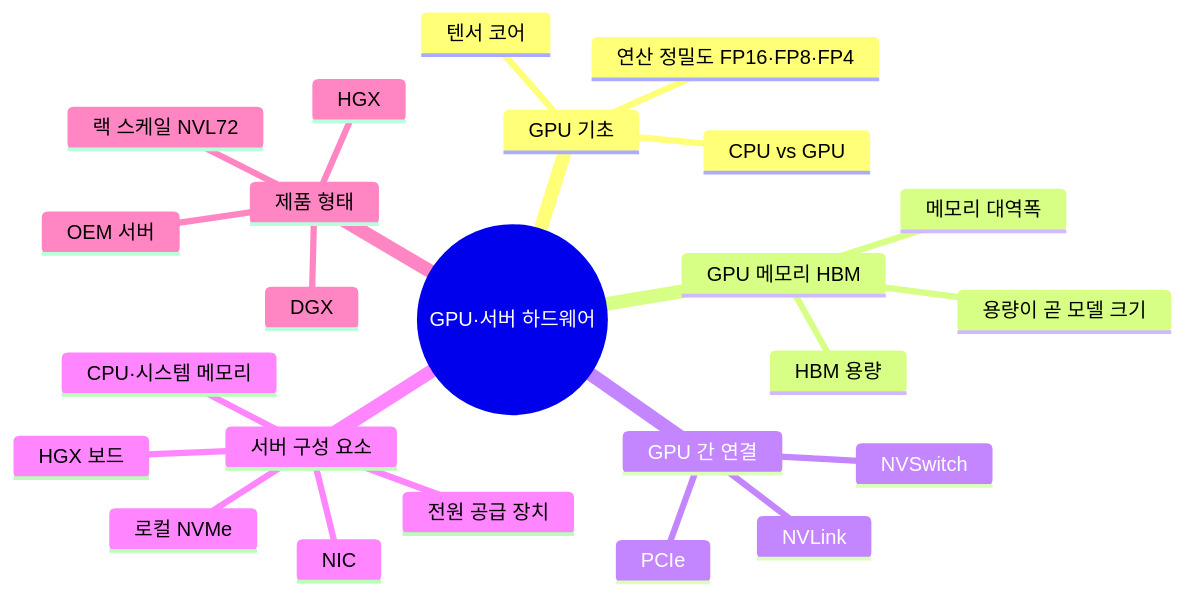
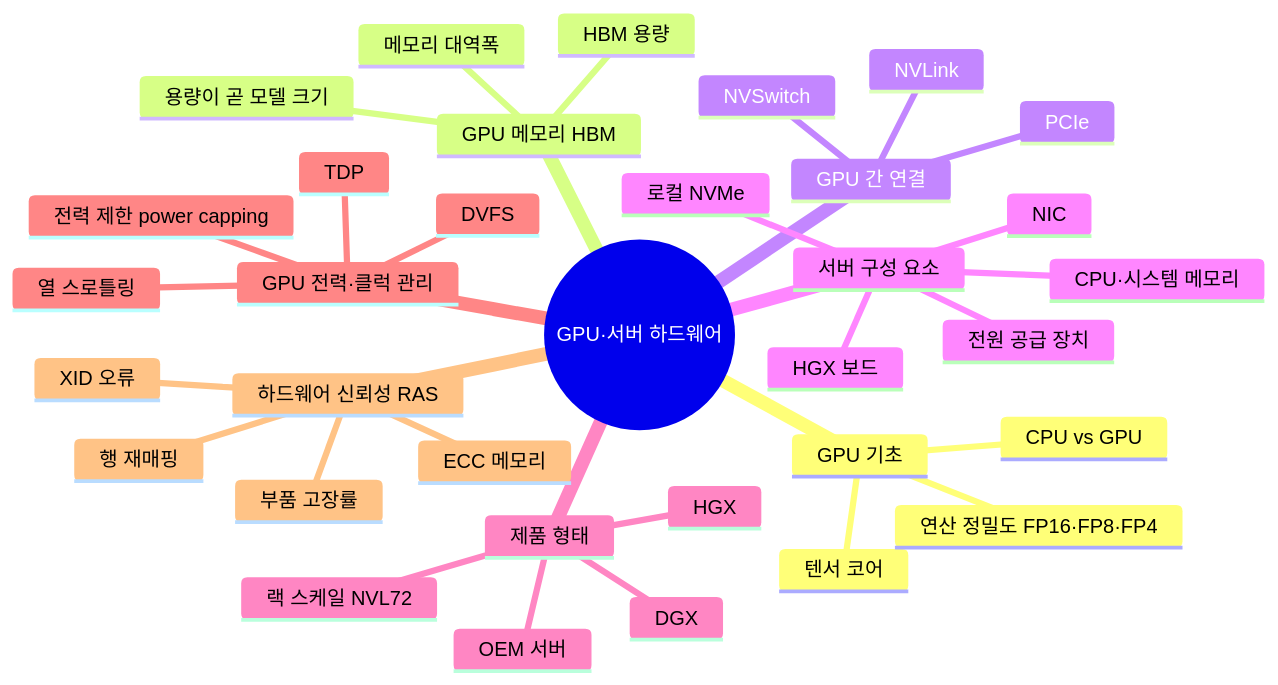
The diagram in 01-hardware/README.md (leejw1212/AIKnowledge), drawn with Mermaid before and after one commit. The commit also changed other lines of this file and 80 other files, not shown here.

````diff
--- a/01-hardware/README.md
+++ b/01-hardware/README.md
@@ -9,27 +9,37 @@
 ```mermaid
 mindmap
   root((GPU·서버 하드웨어))
     GPU 기초
       CPU vs GPU
       텐서 코어
       연산 정밀도 FP16·FP8·FP4
     GPU 메모리 HBM
       HBM 용량
       메모리 대역폭
       용량이 곧 모델 크기
     GPU 간 연결
       PCIe
       NVLink
       NVSwitch
     서버 구성 요소
       HGX 보드
       CPU·시스템 메모리
       NIC
       로컬 NVMe
       전원 공급 장치
     제품 형태
       HGX
       DGX
       랙 스케일 NVL72
       OEM 서버
+    GPU 전력·클럭 관리
+      TDP
+      전력 제한 power capping
+      DVFS
+      열 스로틀링
+    하드웨어 신뢰성 RAS
+      ECC 메모리
+      XID 오류
+      행 재매핑
+      부품 고장률
 ```
````
